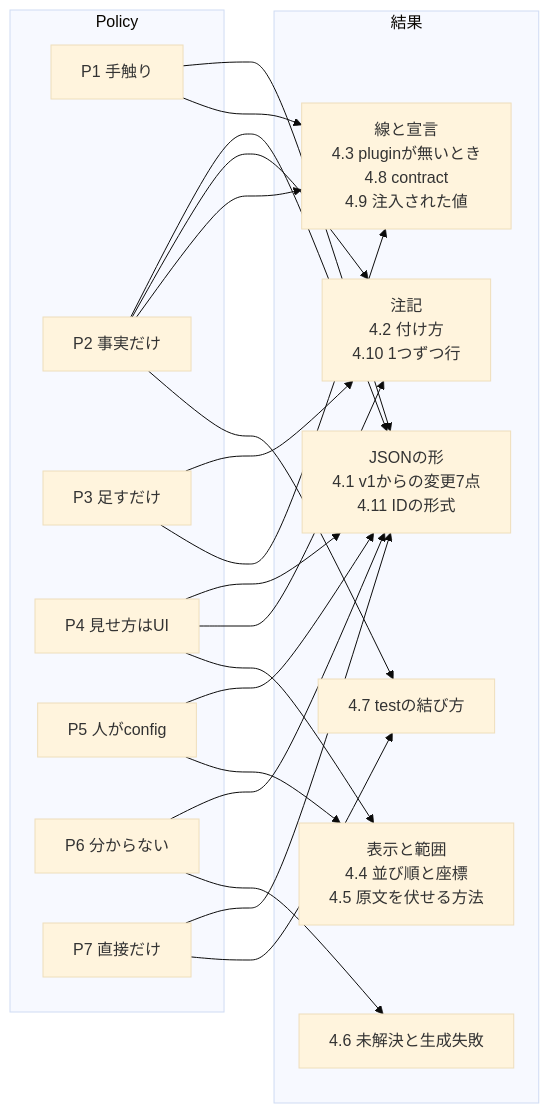
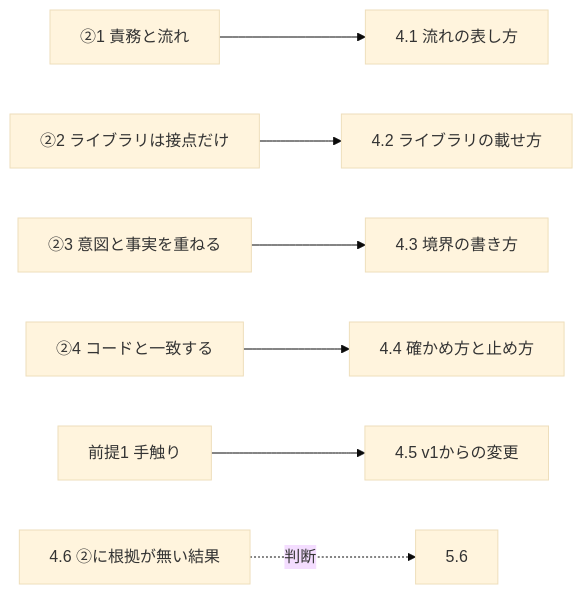
One commit to zeltjs/zelt changed the fourth of 13 diagrams in mocks/studio-spatial/generic-extraction-design.md. Above: the diagram before and after it, drawn with Mermaid (base theme). The commit also changed other lines of this file, not shown here.

First line of the commit message:
[wip] ground studio extraction design in architect-facing policies

```diff
--- a/mocks/studio-spatial/generic-extraction-design.md
+++ b/mocks/studio-spatial/generic-extraction-design.md
@@ -161,37 +190,9 @@
 ~~~mermaid
 flowchart LR
-  subgraph Policy
-    P1["P1 手触り"]
-    P2["P2 事実だけ"]
-    P3["P3 足すだけ"]
-    P4["P4 見せ方はUI"]
-    P5["P5 人がconfig"]
-    P6["P6 分からない"]
-    P7["P7 直接だけ"]
-  end
-  subgraph 結果
-    R1["JSONの形<br/>4.1 v1からの変更7点<br/>4.11 IDの形式"]
-    R2["注記<br/>4.2 付け方<br/>4.10 1つずつ行"]
-    R3["線と宣言<br/>4.3 pluginが無いとき<br/>4.8 contract<br/>4.9 注入された値"]
-    R4["表示と範囲<br/>4.4 並び順と座標<br/>4.5 原文を伏せる方法"]
-    R5["4.6 未解決と生成失敗"]
-    R6["4.7 testの結び方"]
-  end
-  P1 --> R1
-  P2 --> R1
-  P4 --> R1
-  P5 --> R1
-  P6 --> R1
-  P7 --> R1
-  P2 --> R2
-  P3 --> R2
-  P4 --> R2
-  P1 --> R3
-  P2 --> R3
-  P3 --> R3
-  P4 --> R4
-  P5 --> R4
-  P6 --> R5
-  P2 --> R6
-  P7 --> R6
+  A["②1 責務と流れ"] --> R1["4.1 流れの表し方"]
+  B["②2 ライブラリは接点だけ"] --> R2["4.2 ライブラリの載せ方"]
+  C["②3 意図と事実を重ねる"] --> R3["4.3 境界の書き方"]
+  D["②4 コードと一致する"] --> R4["4.4 確かめ方と止め方"]
+  F["前提1 手触り"] --> R5["4.5 v1からの変更"]
+  R6["4.6 ②に根拠が無い結果"] -.->|判断| J["5.6"]
 ~~~
```
